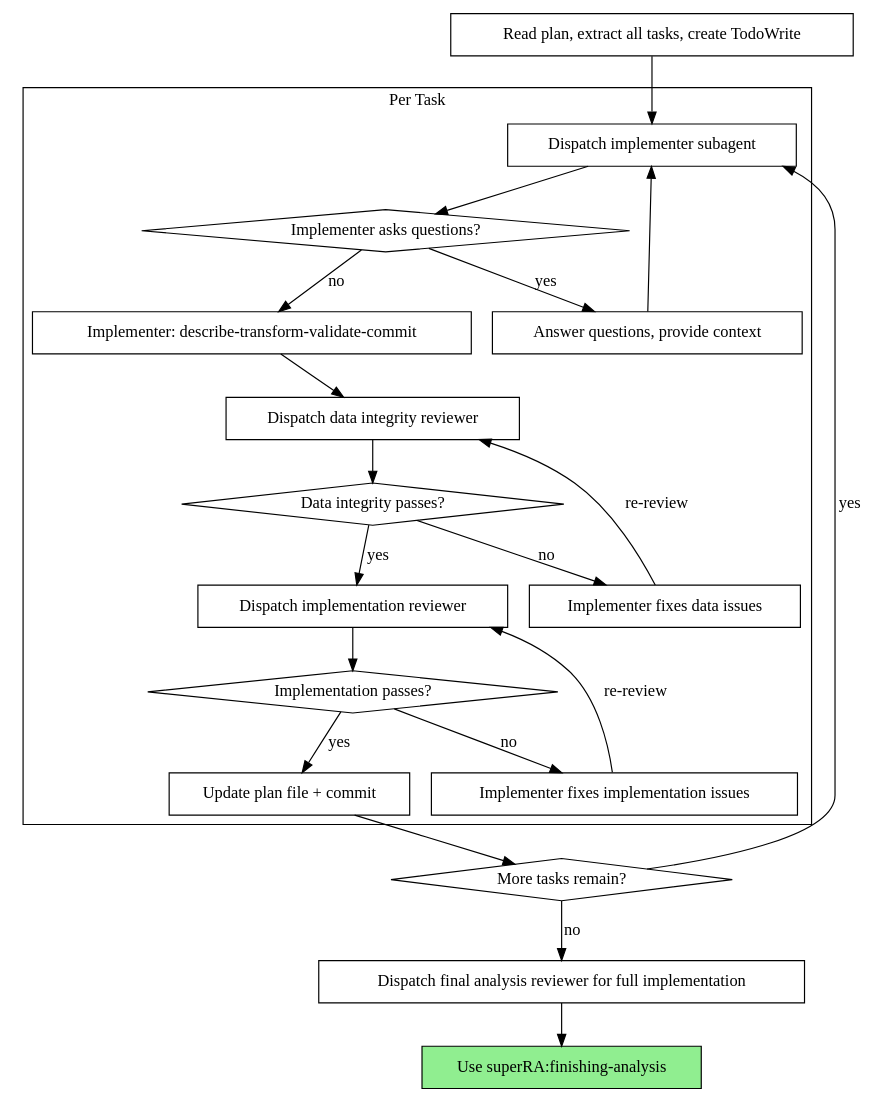
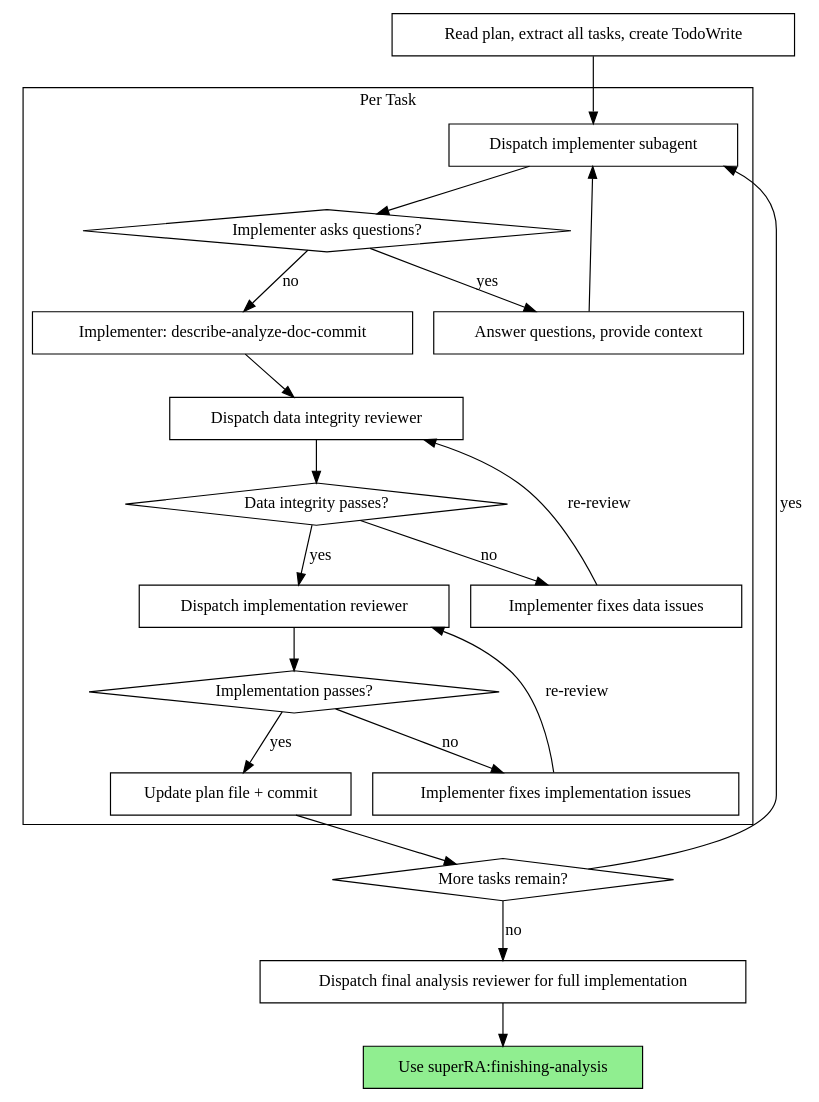
The second of 2 diagrams in skills/executing-analysis/SKILL.md (FuZhiyu/superRA), drawn with Graphviz before and after one commit. The commit also changed other lines of this file and 22 other files, not shown here.

````diff
--- a/skills/executing-analysis/SKILL.md
+++ b/skills/executing-analysis/SKILL.md
@@ -47,44 +49,44 @@
 ```dot
 digraph process {
     rankdir=TB;
 
     subgraph cluster_per_task {
         label="Per Task";
         "Dispatch implementer subagent" [shape=box];
         "Implementer asks questions?" [shape=diamond];
         "Answer questions, provide context" [shape=box];
-        "Implementer: describe-transform-validate-commit" [shape=box];
+        "Implementer: describe-analyze-doc-commit" [shape=box];
         "Dispatch data integrity reviewer" [shape=box];
         "Data integrity passes?" [shape=diamond];
         "Implementer fixes data issues" [shape=box];
         "Dispatch implementation reviewer" [shape=box];
         "Implementation passes?" [shape=diamond];
         "Implementer fixes implementation issues" [shape=box];
         "Update plan file + commit" [shape=box];
     }
 
     "Read plan, extract all tasks, create TodoWrite" [shape=box];
     "More tasks remain?" [shape=diamond];
     "Dispatch final analysis reviewer for full implementation" [shape=box];
     "Use superRA:finishing-analysis" [shape=box style=filled fillcolor=lightgreen];
 
     "Read plan, extract all tasks, create TodoWrite" -> "Dispatch implementer subagent";
     "Dispatch implementer subagent" -> "Implementer asks questions?";
     "Implementer asks questions?" -> "Answer questions, provide context" [label="yes"];
     "Answer questions, provide context" -> "Dispatch implementer subagent";
-    "Implementer asks questions?" -> "Implementer: describe-transform-validate-commit" [label="no"];
-    "Implementer: describe-transform-validate-commit" -> "Dispatch data integrity reviewer";
+    "Implementer asks questions?" -> "Implementer: describe-analyze-doc-commit" [label="no"];
+    "Implementer: describe-analyze-doc-commit" -> "Dispatch data integrity reviewer";
     "Dispatch data integrity reviewer" -> "Data integrity passes?";
     "Data integrity passes?" -> "Implementer fixes data issues" [label="no"];
     "Implementer fixes data issues" -> "Dispatch data integrity reviewer" [label="re-review"];
     "Data integrity passes?" -> "Dispatch implementation reviewer" [label="yes"];
     "Dispatch implementation reviewer" -> "Implementation passes?";
     "Implementation passes?" -> "Implementer fixes implementation issues" [label="no"];
     "Implementer fixes implementation issues" -> "Dispatch implementation reviewer" [label="re-review"];
     "Implementation passes?" -> "Update plan file + commit" [label="yes"];
     "Update plan file + commit" -> "More tasks remain?";
     "More tasks remain?" -> "Dispatch implementer subagent" [label="yes"];
     "More tasks remain?" -> "Dispatch final analysis reviewer for full implementation" [label="no"];
     "Dispatch final analysis reviewer for full implementation" -> "Use superRA:finishing-analysis";
 }
 ```
````
